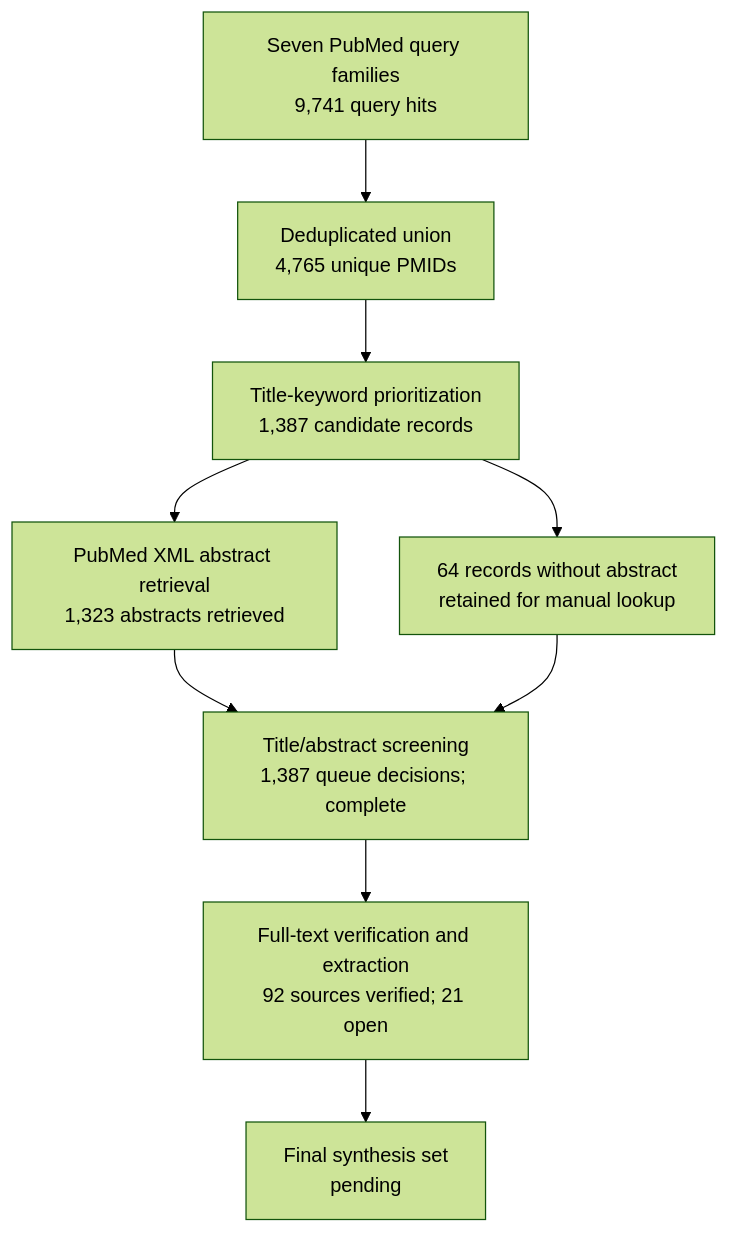
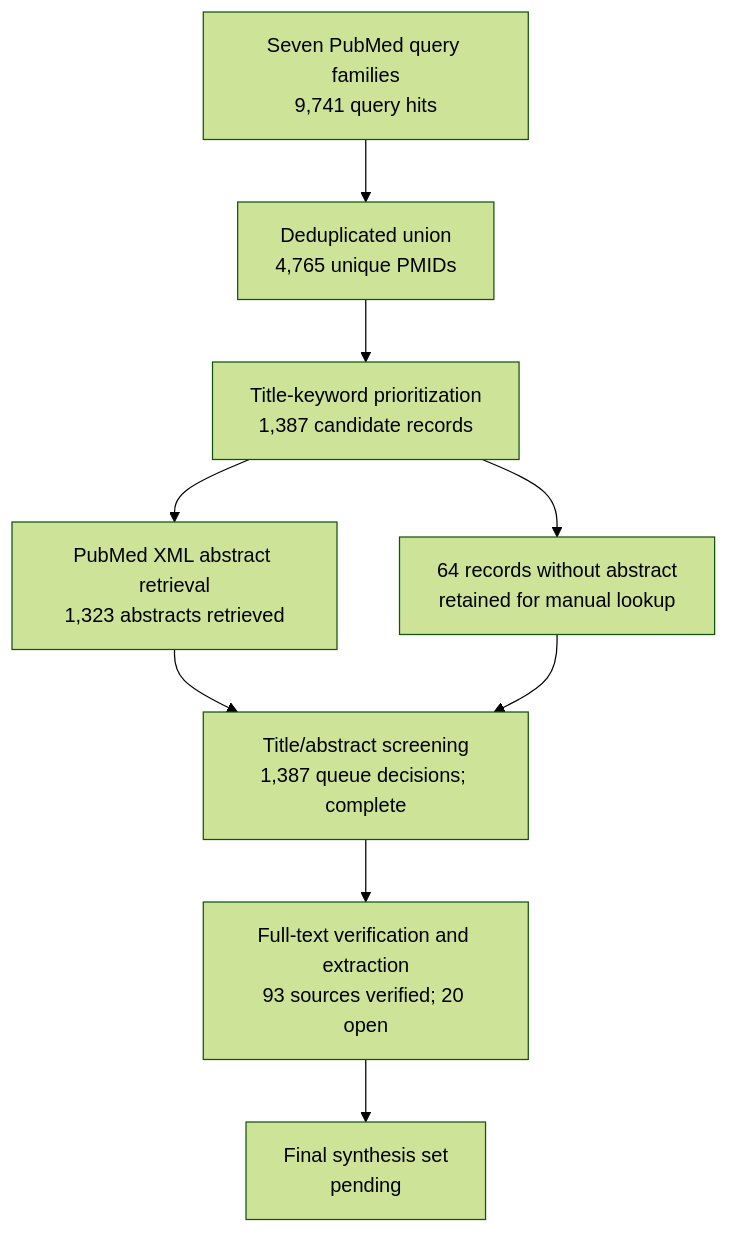
The diagram in manuscript/review-flow.md (dcmcshan/artemisia), drawn with Mermaid (forest theme) before and after one commit. The commit also changed other lines of this file and 16 other files, not shown here.

````diff
--- a/manuscript/review-flow.md
+++ b/manuscript/review-flow.md
@@ -5,11 +5,11 @@
 ```mermaid
 flowchart TB
   Q[Seven PubMed query families<br/>9,741 query hits] --> U[Deduplicated union<br/>4,765 unique PMIDs]
   U --> T[Title-keyword prioritization<br/>1,387 candidate records]
   T --> A[PubMed XML abstract retrieval<br/>1,323 abstracts retrieved]
   T --> N[64 records without abstract<br/>retained for manual lookup]
   A --> M[Title/abstract screening<br/>1,387 queue decisions; complete]
   N --> M
-  M --> F[Full-text verification and extraction<br/>92 sources verified; 21 open]
+  M --> F[Full-text verification and extraction<br/>93 sources verified; 20 open]
   F --> S[Final synthesis set<br/>pending]
 ```
````
